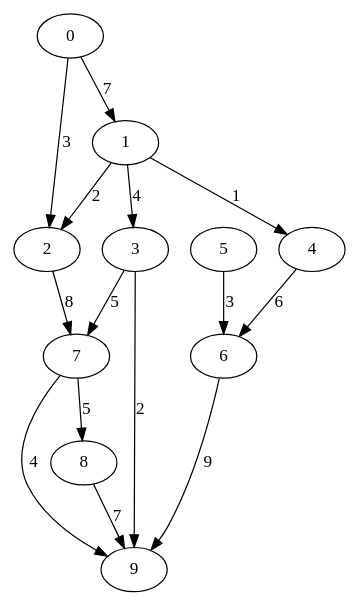
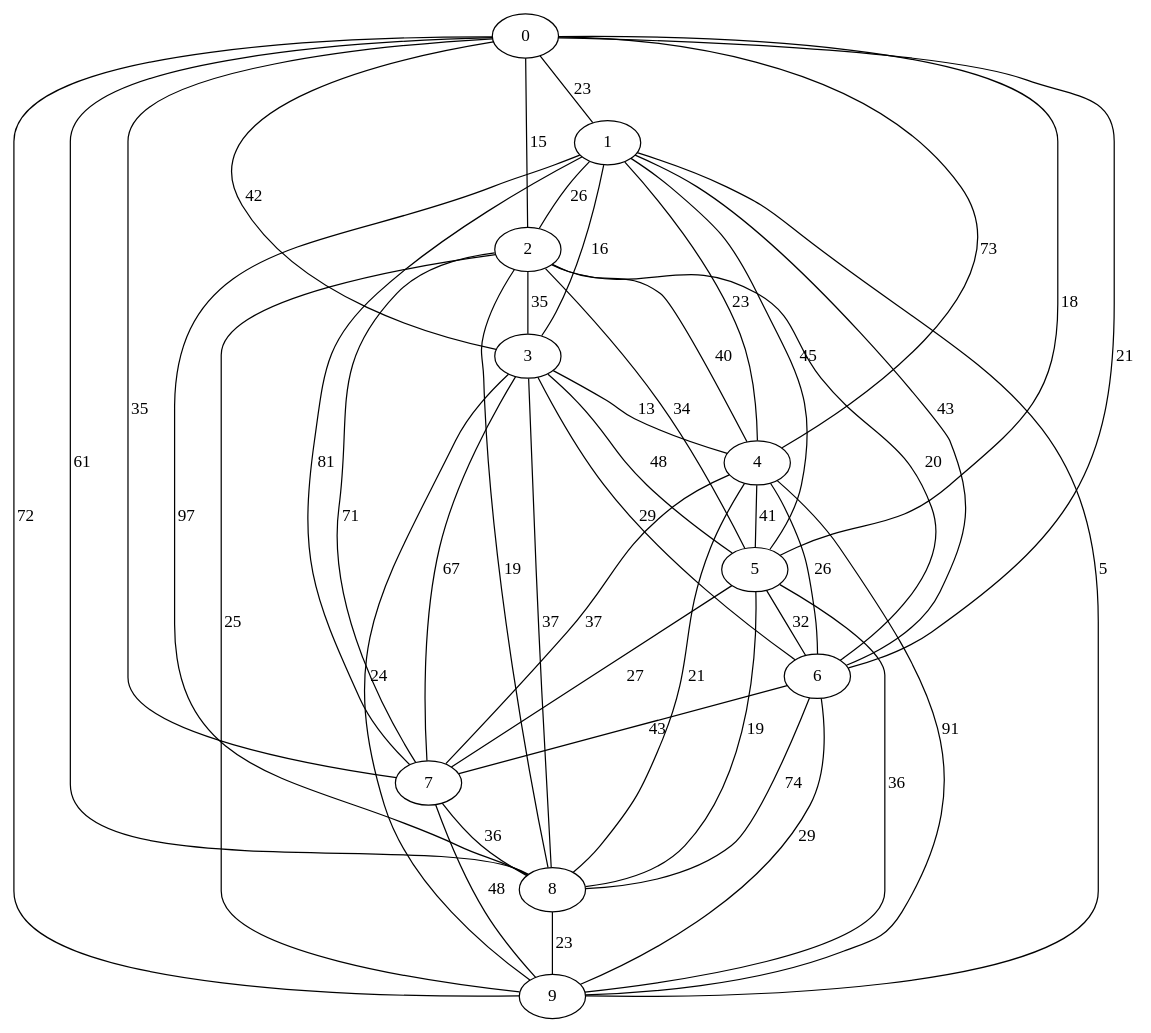
One commit to Feralfeld/trabalho-grafos changed the diagram in resultado/teste1.dot. Above: the diagram before and after it, drawn with Graphviz. The commit also changed 12 other files, not shown here.

```diff
--- a/resultado/teste1.dot
+++ b/resultado/teste1.dot
@@ -1,16 +1,47 @@
-digraph Grafo {
-0 -> 1[label=7];
-0 -> 2[label=3];
-1 -> 2[label=2];
-1 -> 4[label=1];
-1 -> 3[label=4];
-2 -> 7[label=8];
-4 -> 6[label=6];
-3 -> 7[label=5];
-3 -> 9[label=2];
-7 -> 8[label=5];
-7 -> 9[label=4];
-6 -> 9[label=9];
-5 -> 6[label=3];
-8 -> 9[label=7];
+graph Grafo {
+0 -- 1[label=23];
+0 -- 2[label=15];
+0 -- 3[label=42];
+0 -- 4[label=73];
+0 -- 5[label=18];
+0 -- 6[label=21];
+0 -- 7[label=35];
+0 -- 8[label=61];
+0 -- 9[label=72];
+1 -- 2[label=26];
+1 -- 3[label=16];
+1 -- 4[label=23];
+1 -- 5[label=45];
+1 -- 6[label=43];
+1 -- 7[label=81];
+1 -- 8[label=97];
+1 -- 9[label=5];
+2 -- 3[label=35];
+2 -- 4[label=40];
+2 -- 5[label=34];
+2 -- 6[label=20];
+2 -- 7[label=71];
+2 -- 8[label=19];
+2 -- 9[label=25];
+3 -- 4[label=13];
+3 -- 5[label=48];
+3 -- 6[label=29];
+3 -- 7[label=67];
+3 -- 8[label=37];
+3 -- 9[label=24];
+4 -- 5[label=41];
+4 -- 6[label=26];
+4 -- 7[label=37];
+4 -- 8[label=21];
+4 -- 9[label=91];
+5 -- 6[label=32];
+5 -- 7[label=27];
+5 -- 8[label=19];
+5 -- 9[label=36];
+6 -- 7[label=43];
+6 -- 8[label=74];
+6 -- 9[label=29];
+7 -- 8[label=36];
+7 -- 9[label=48];
+8 -- 9[label=23];
 }
```
